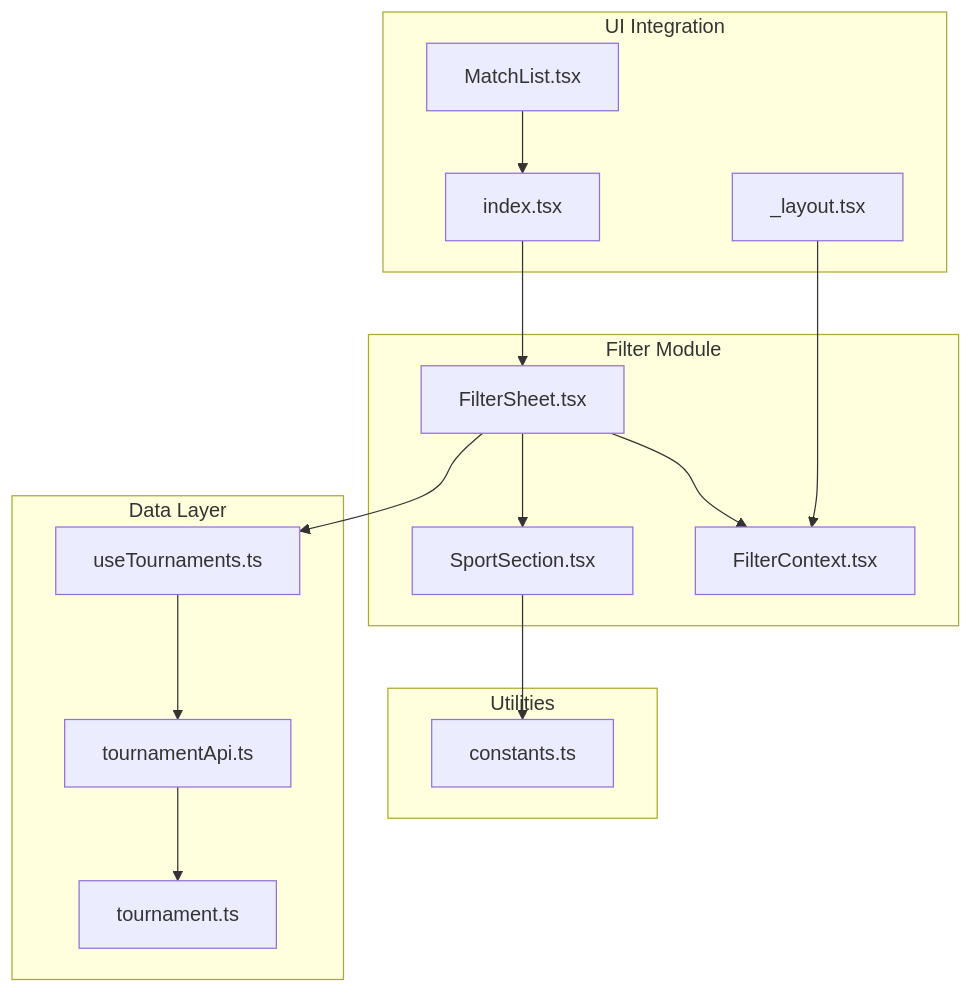
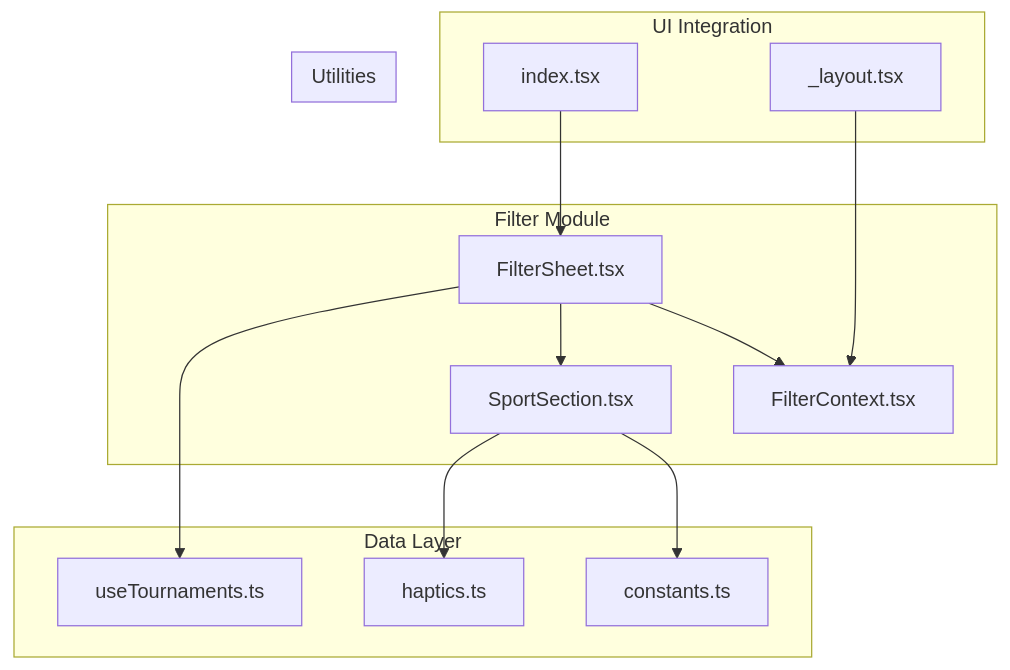
Before and after one commit to Hasanul-Alam/technical-assignment-digiground: the first of 8 diagrams in .qoder/repowiki/en/content/Core Features/Filtering System/Filter Sheet Modal.md, drawn with Mermaid. The commit also changed other lines of this file and 1 other file, not shown here.

````diff
--- a/.qoder/repowiki/en/content/Core Features/Filtering System/Filter Sheet Modal.md
+++ b/.qoder/repowiki/en/content/Core Features/Filtering System/Filter Sheet Modal.md
@@ -41,30 +47,26 @@
 ```mermaid
 graph TB
 subgraph "Filter Module"
 FS[FilterSheet.tsx]
 SS[SportSection.tsx]
 FC[FilterContext.tsx]
 end
 subgraph "Data Layer"
 UT[useTournaments.ts]
-TA[tournamentApi.ts]
-TT[tournament.ts]
+CTS[constants.ts]
+HT[haptics.ts]
 end
 subgraph "UI Integration"
 IDX[index.tsx]
-ML[MatchList.tsx]
 LYT[_layout.tsx]
 end
 subgraph "Utilities"
-CTS[constants.ts]
 end
 IDX --> FS
 FS --> FC
 FS --> SS
 FS --> UT
-UT --> TA
-TA --> TT
 SS --> CTS
-ML --> IDX
+SS --> HT
 LYT --> FC
 ```
````
